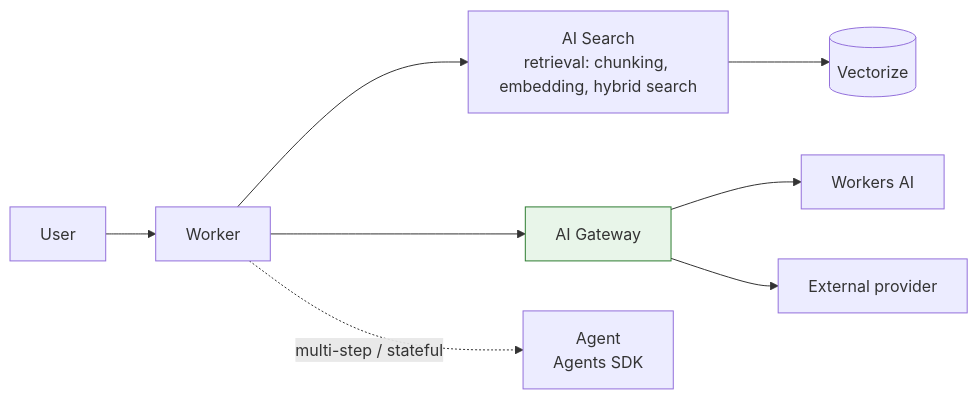
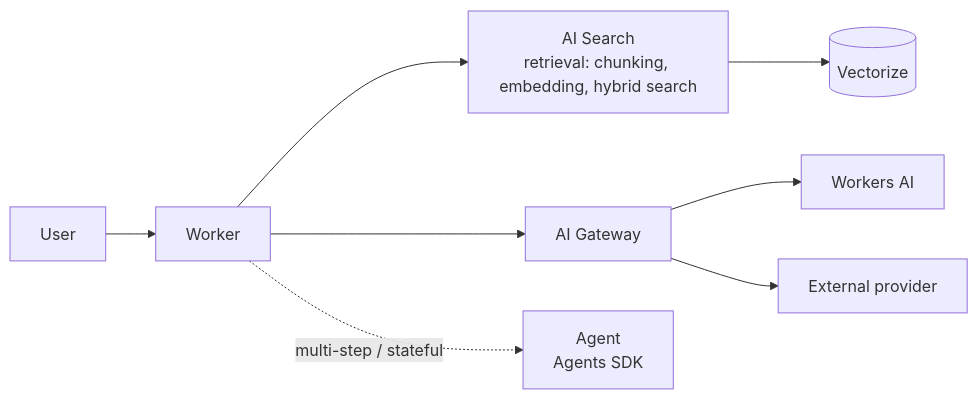
Before and after one commit to kevinevans1/cloudflare-well-architected: the diagram in docs/workloads/ai-rag-workload.md, drawn with Mermaid.

Commit message:
Devil's-advocate review: fix reintroduced Mermaid color regression in AI workload diagram

````diff
--- a/docs/workloads/ai-rag-workload.md
+++ b/docs/workloads/ai-rag-workload.md
@@ -7,12 +7,10 @@
 ```mermaid
 flowchart LR
     U[User] --> W[Worker]
     W --> AS[AI Search<br/>retrieval: chunking, embedding, hybrid search]
     AS --> VEC[(Vectorize)]
     W --> GW[AI Gateway]
     GW --> WAI[Workers AI]
     GW --> EXT[External provider]
     W -.->|multi-step / stateful| AG[Agent<br/>Agents SDK]
-
-    style GW fill:#e8f5e9,stroke:#2e7d32,stroke-width:1px
 ```
````
